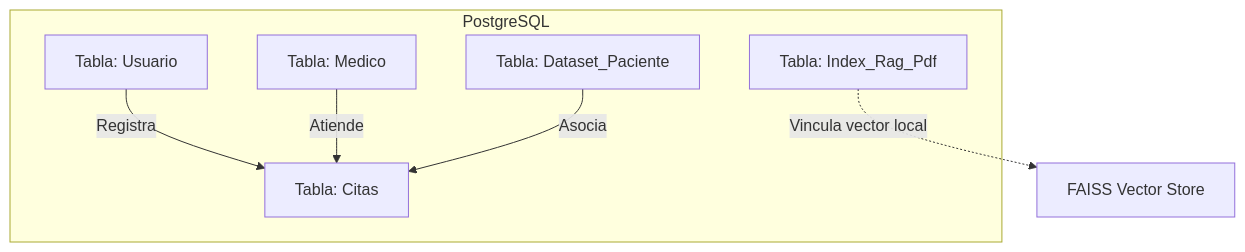
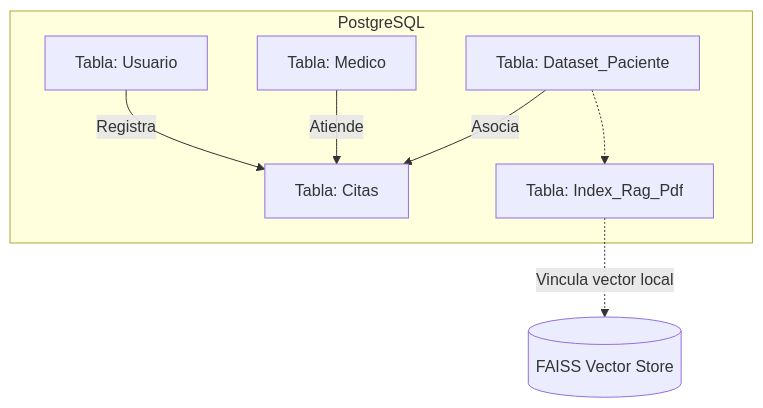
The first of 7 diagrams in README.md (devhadson/Project-Agentic-AI-SMAI), drawn with Mermaid before and after one commit. The commit also changed other lines of this file and 1 other file, not shown here.

````diff
--- a/README.md
+++ b/README.md
@@ -45,16 +50,16 @@
 ```mermaid
 graph TD
     subgraph PostgreSQL
     User[Tabla: Usuario]
     Cita[Tabla: Citas]
     Medico[Tabla: Medico]
     Dataset[Tabla: Dataset_Paciente]
     IndexRAG[Tabla: Index_Rag_Pdf]
     end
 
     User -->|Registra| Cita
     Medico -->|Atiende| Cita
     Dataset -->|Asocia| Cita
-    IndexRAG -.->|Vincula vector local| FAISS[FAISS Vector Store]
+    Dataset -.-> IndexRAG -.->|Vincula vector local| FAISS[(FAISS Vector Store)]
 
 ```
````
